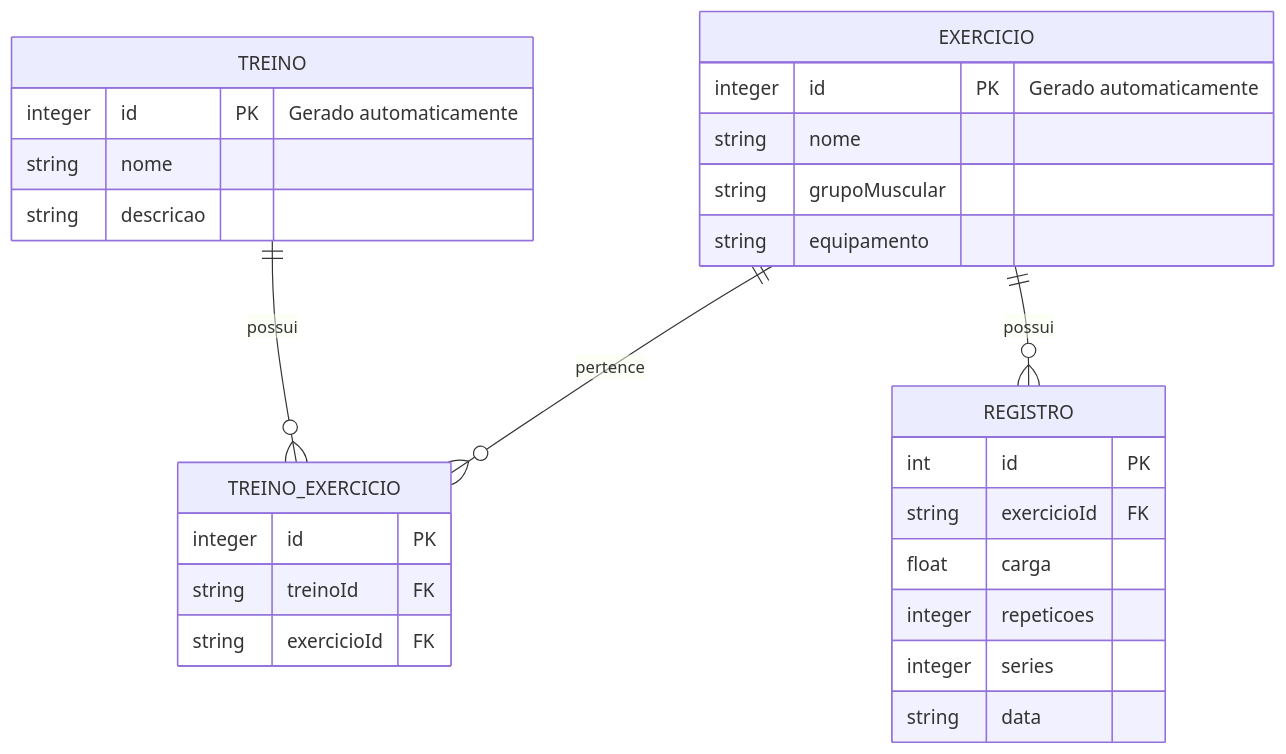
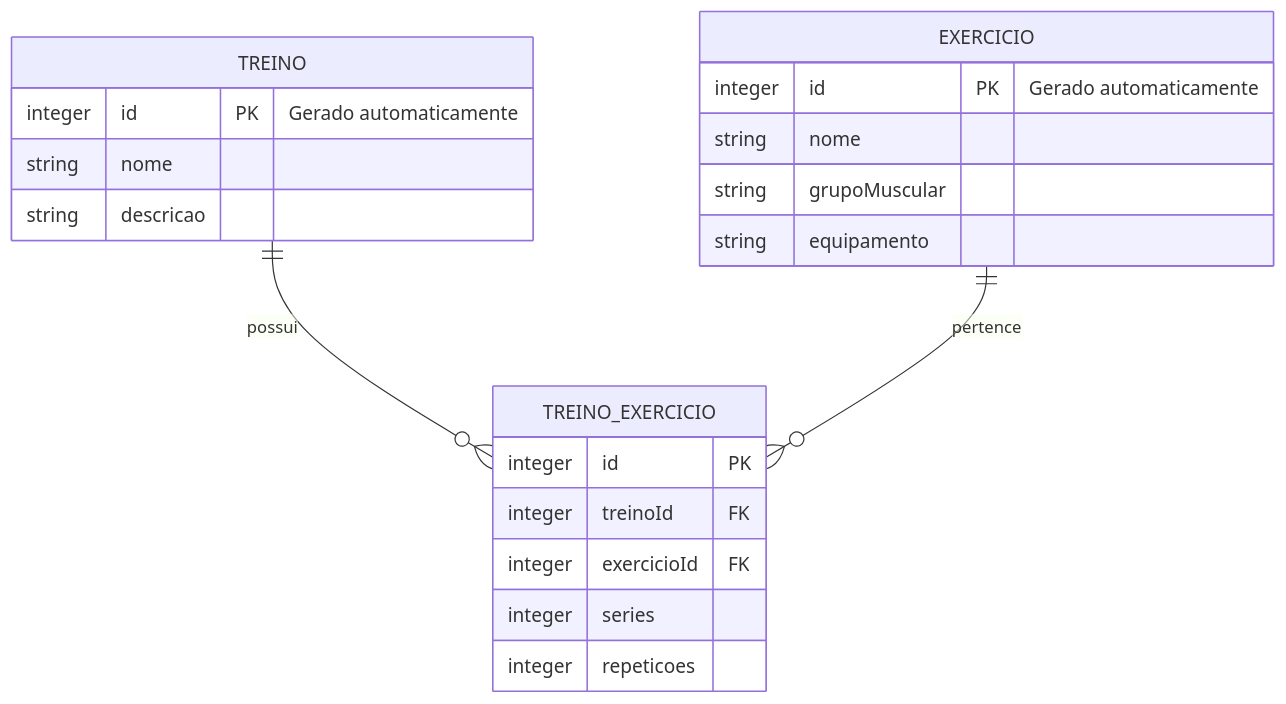
The diagram in docs/architecture.md (leonardo-lopes-dz/projeto-grip), drawn with Mermaid before and after one commit. The commit also changed other lines of this file, not shown here.

````diff
--- a/docs/architecture.md
+++ b/docs/architecture.md
@@ -9,34 +9,26 @@
 ```mermaid
 erDiagram
     TREINO ||--o{ TREINO_EXERCICIO : "possui"
     EXERCICIO ||--o{ TREINO_EXERCICIO : "pertence"
-    EXERCICIO ||--o{ REGISTRO : "possui"
 
     TREINO {
         integer id PK "Gerado automaticamente"
         string nome
         string descricao
     }
 
     EXERCICIO {
         integer id PK "Gerado automaticamente"
         string nome
         string grupoMuscular
         string equipamento
     }
 
     TREINO_EXERCICIO {
         integer id PK
-        string treinoId FK
-        string exercicioId FK
-    }
-
-    REGISTRO {
-        int id PK
-        string exercicioId FK
-        float carga
+        integer treinoId FK
+        integer exercicioId FK
+        integer series
         integer repeticoes
-        integer series
-        string data
     }
 ```
````
